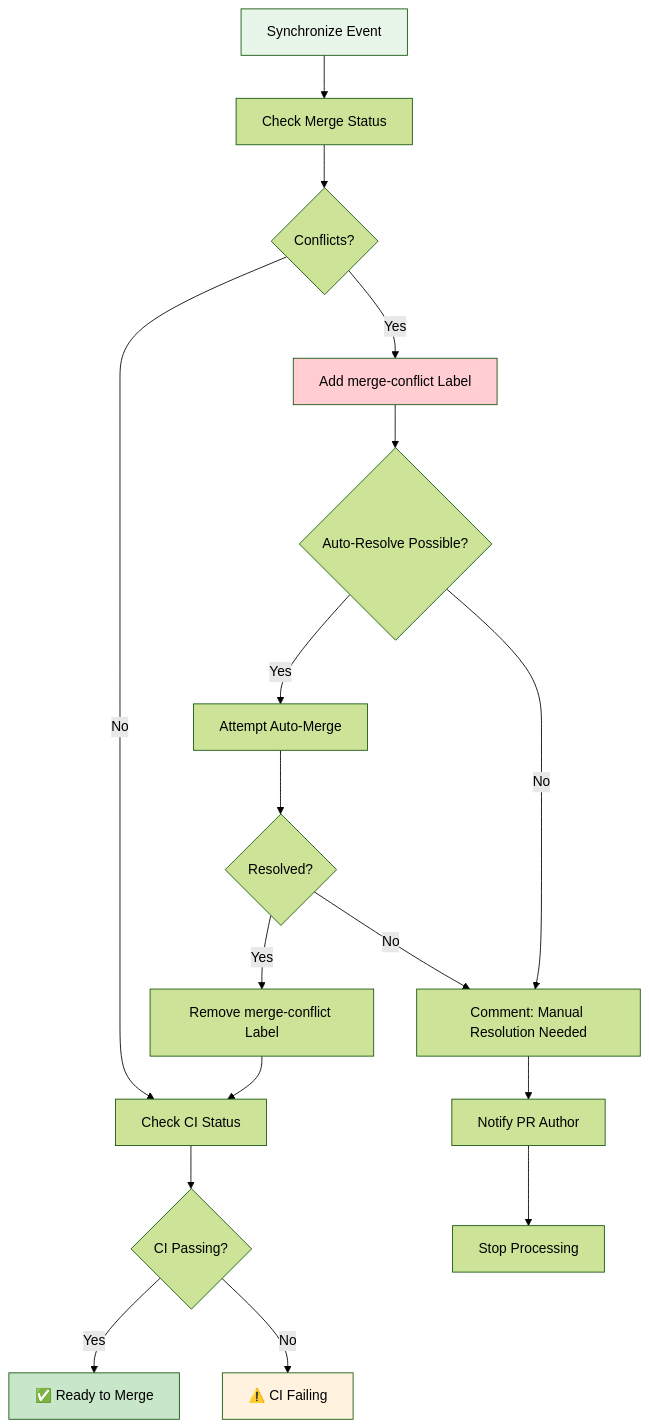
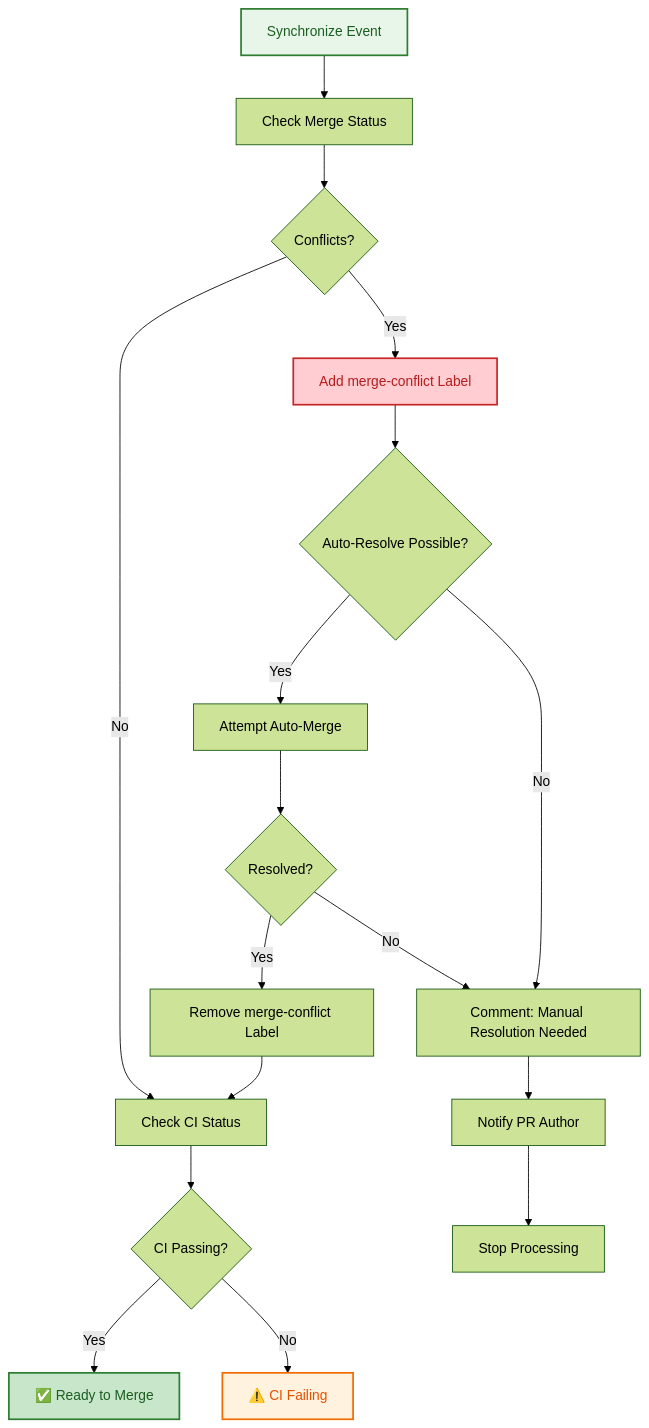
One commit to lightspeedwp/.github changed the second of 3 diagrams in .github/projects/active/automation-consolidation-agentic-workflows-2026-09/PR_MANAGEMENT_AGENT_SPEC.md. Above: the diagram before and after it, drawn with Mermaid (forest theme). The commit also changed other lines of this file and 4 other files, not shown here.

First line of the commit message:
Fix quick wins: reconcile effort estimates, add Mermaid accessibility, improve contrast

````diff
--- a/.github/projects/active/automation-consolidation-agentic-workflows-2026-09/PR_MANAGEMENT_AGENT_SPEC.md
+++ b/.github/projects/active/automation-consolidation-agentic-workflows-2026-09/PR_MANAGEMENT_AGENT_SPEC.md
@@ -167,29 +169,31 @@
 ```mermaid
 graph TD
+    accTitle: Merge conflict detection decision tree
+    accDescr: Flowchart for detecting and resolving merge conflicts, checking CI status, and determining if PR is ready to merge
     A["Synchronize Event"] --> B["Check Merge Status"]
     B --> C{Conflicts?}
     
     C -->|No| D["Check CI Status"]
     C -->|Yes| E["Add merge-conflict Label"]
     E --> F{Auto-Resolve Possible?}
     
     F -->|Yes| G["Attempt Auto-Merge"]
     F -->|No| H["Comment: Manual Resolution Needed"]
     
     G --> I{Resolved?}
     I -->|Yes| J["Remove merge-conflict Label"]
     I -->|No| H
     
     H --> K["Notify PR Author"]
     K --> L["Stop Processing"]
     
     J --> D
     D --> M{CI Passing?}
     M -->|Yes| N["✅ Ready to Merge"]
     M -->|No| O["⚠️ CI Failing"]
     
-    style A fill:#E8F5E9
-    style N fill:#C8E6C9
-    style E fill:#FFCDD2
-    style O fill:#FFF3E0
+    style A fill:#E8F5E9,stroke:#2E7D32,stroke-width:2px,color:#1B5E20
+    style N fill:#C8E6C9,stroke:#2E7D32,stroke-width:2px,color:#1B5E20
+    style E fill:#FFCDD2,stroke:#C62828,stroke-width:2px,color:#B71C1C
+    style O fill:#FFF3E0,stroke:#EF6C00,stroke-width:2px,color:#E65100
 ```
````
